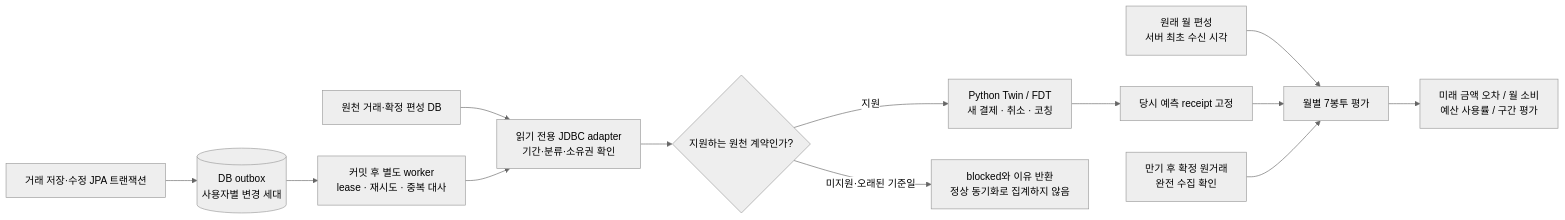
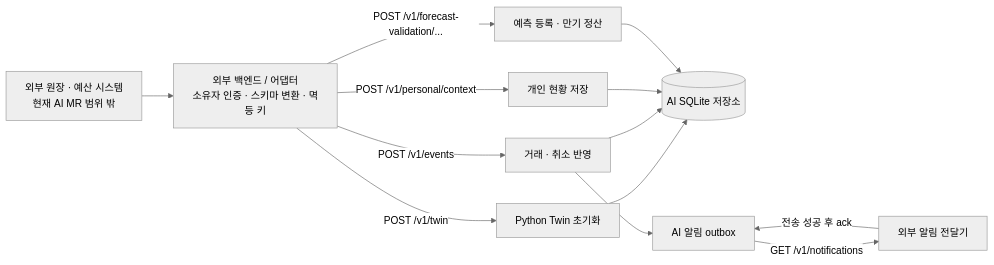
The second of 4 diagrams in ai/coaching/docs/architecture.md (dfizae/KeyFin), drawn with Mermaid (neutral theme) before and after one commit. The commit also changed other lines of this file and 8 other files, not shown here.

````diff
--- a/ai/coaching/docs/architecture.md
+++ b/ai/coaching/docs/architecture.md
@@ -64,15 +67,15 @@
 ```mermaid
 flowchart LR
-    TX["거래 저장·수정 JPA 트랜잭션"] --> Q[("DB outbox<br/>사용자별 변경 세대")]
-    Q --> W["커밋 후 별도 worker<br/>lease · 재시도 · 중복 대사"]
-    DB["원천 거래·확정 편성 DB"] --> A["읽기 전용 JDBC adapter<br/>기간·분류·소유권 확인"]
-    W --> A
-    A --> G{"지원하는 원천 계약인가?"}
-    G -->|지원| T["Python Twin / FDT<br/>새 결제 · 취소 · 코칭"]
-    G -->|미지원·오래된 기준일| B["blocked와 이유 반환<br/>정상 동기화로 집계하지 않음"]
-    T --> R["당시 예측 receipt 고정"]
-    P["원래 월 편성<br/>서버 최초 수신 시각"] --> V["월별 7봉투 평가"]
-    R --> V
-    O["만기 후 확정 원거래<br/>완전 수집 확인"] --> V
-    V --> M["미래 금액 오차 / 월 소비<br/>예산 사용률 / 구간 평가"]
+    Source["외부 원장 · 예산 시스템<br/>현재 AI MR 범위 밖"] --> Adapter["외부 백엔드 / 어댑터<br/>소유자 인증 · 스키마 변환 · 멱등 키"]
+    Adapter -->|"POST /v1/twin"| Twin["Python Twin 초기화"]
+    Adapter -->|"POST /v1/events"| Event["거래 · 취소 반영"]
+    Adapter -->|"POST /v1/personal/context"| Context["개인 현황 저장"]
+    Adapter -->|"POST /v1/forecast-validation/..."| Validation["예측 등록 · 만기 정산"]
+    Twin --> Store[("AI SQLite 저장소")]
+    Event --> Store
+    Context --> Store
+    Validation --> Store
+    Event --> Notice["AI 알림 outbox"]
+    Notice -->|"GET /v1/notifications"| Delivery["외부 알림 전달기"]
+    Delivery -->|"전송 성공 후 ack"| Notice
 ```
````
